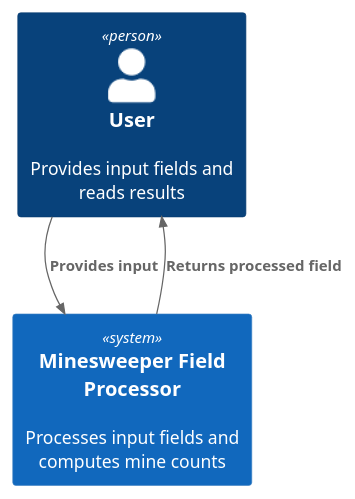
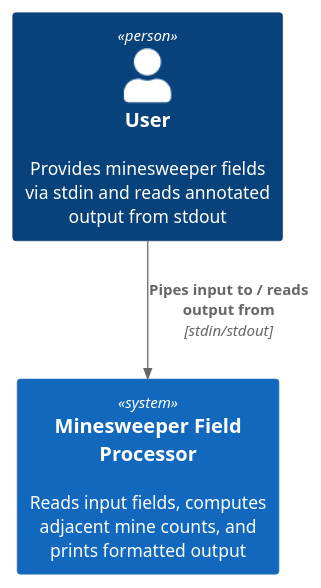
One commit to AnaZec/sdp-powered-by-ai-agents-ana-zec changed the diagram in architecture/diagrams/c4-context.puml. Above: the diagram before and after it, drawn with PlantUML. The commit also changed 23 other files, not shown here.

Commit message:
#8 docs(architecture): add arc42 documentation and diagram sources

```diff
--- a/architecture/diagrams/c4-context.puml
+++ b/architecture/diagrams/c4-context.puml
@@ -1,12 +1,9 @@
 @startuml c4-context
-
 !include https://raw.githubusercontent.com/plantuml-stdlib/C4-PlantUML/master/C4_Context.puml
 
-Person(user, "User", "Provides input fields and reads results")
+Person(user, "User", "Provides minesweeper fields via stdin and reads annotated output from stdout")
+System(system, "Minesweeper Field Processor", "Reads input fields, computes adjacent mine counts, and prints formatted output")
 
-System(system, "Minesweeper Field Processor", "Processes input fields and computes mine counts")
-
-Rel(user, system, "Provides input")
-Rel(system, user, "Returns processed field")
+Rel(user, system, "Pipes input to / reads output from", "stdin/stdout")
 
 @enduml
```
